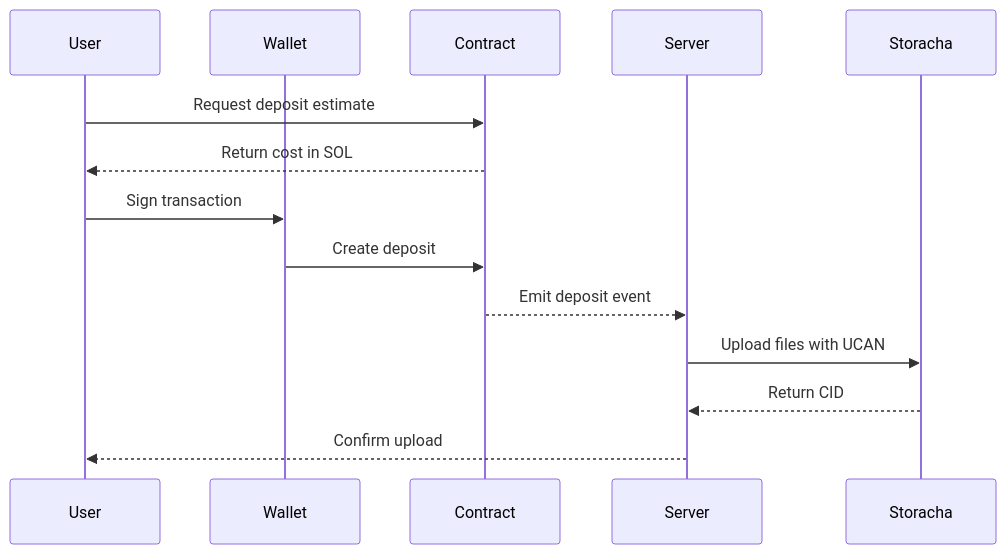
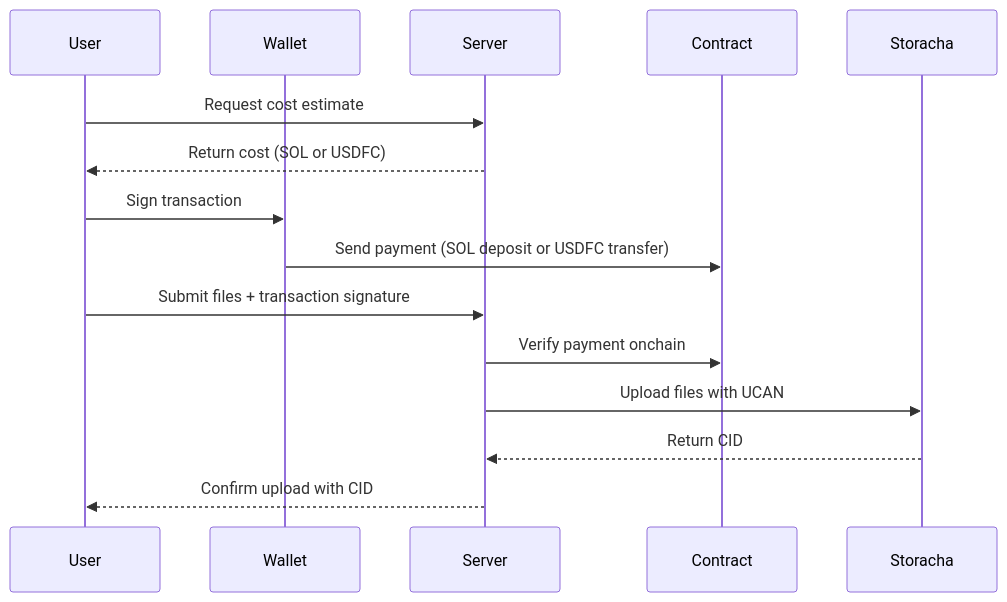
Before and after one commit to seetadev/Storacha-Solana-SDK: the diagram in docs/concepts/storage-payments.mdx, drawn with Mermaid. The commit also changed other lines of this file, not shown here.

````diff
--- a/docs/concepts/storage-payments.mdx
+++ b/docs/concepts/storage-payments.mdx
@@ -57,17 +57,18 @@
 ```mermaid
 sequenceDiagram
     participant User
     participant Wallet
+    participant Server
     participant Contract
-    participant Server
     participant Storacha
-    
-    User->>Contract: Request deposit estimate
-    Contract-->>User: Return cost in SOL
+
+    User->>Server: Request cost estimate
+    Server-->>User: Return cost (SOL or USDFC)
     User->>Wallet: Sign transaction
-    Wallet->>Contract: Create deposit
-    Contract-->>Server: Emit deposit event
+    Wallet->>Contract: Send payment (SOL deposit or USDFC transfer)
+    User->>Server: Submit files + transaction signature
+    Server->>Contract: Verify payment onchain
     Server->>Storacha: Upload files with UCAN
     Storacha-->>Server: Return CID
-    Server-->>User: Confirm upload
+    Server-->>User: Confirm upload with CID
 ```
````
